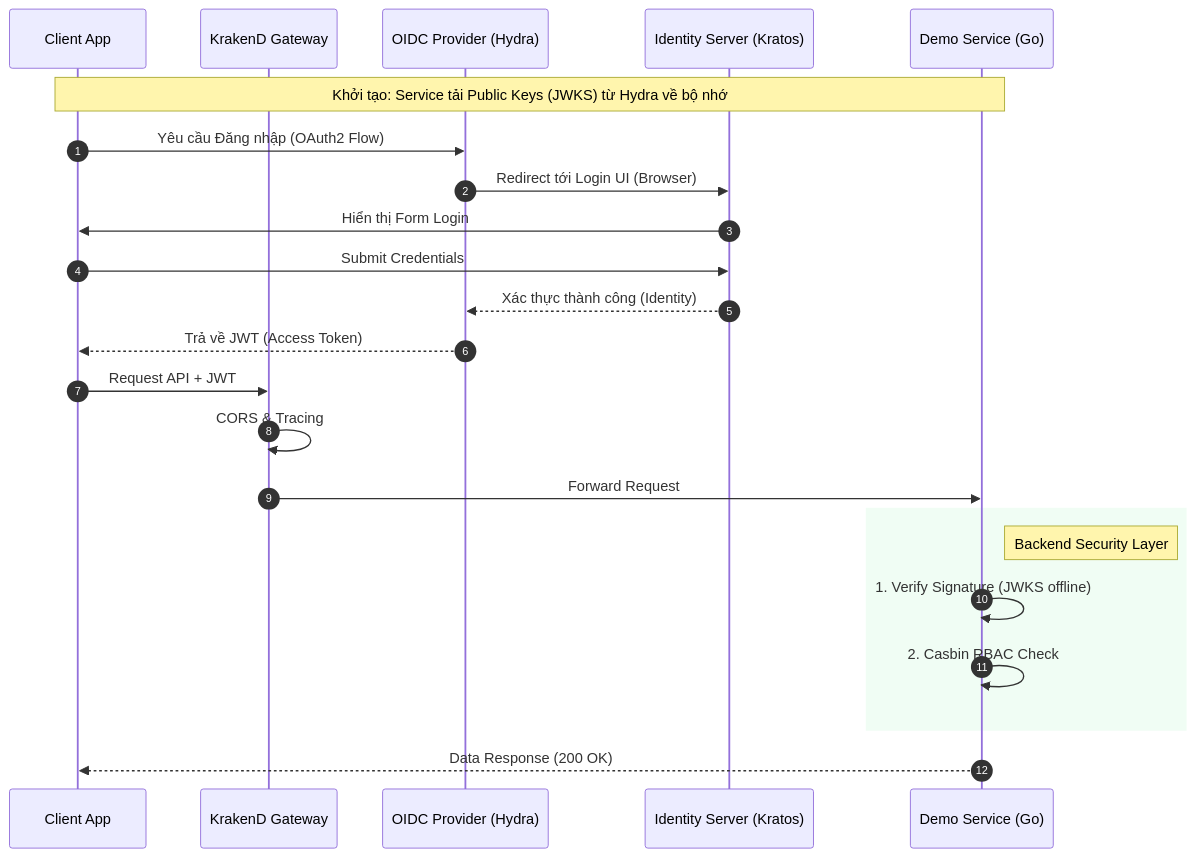
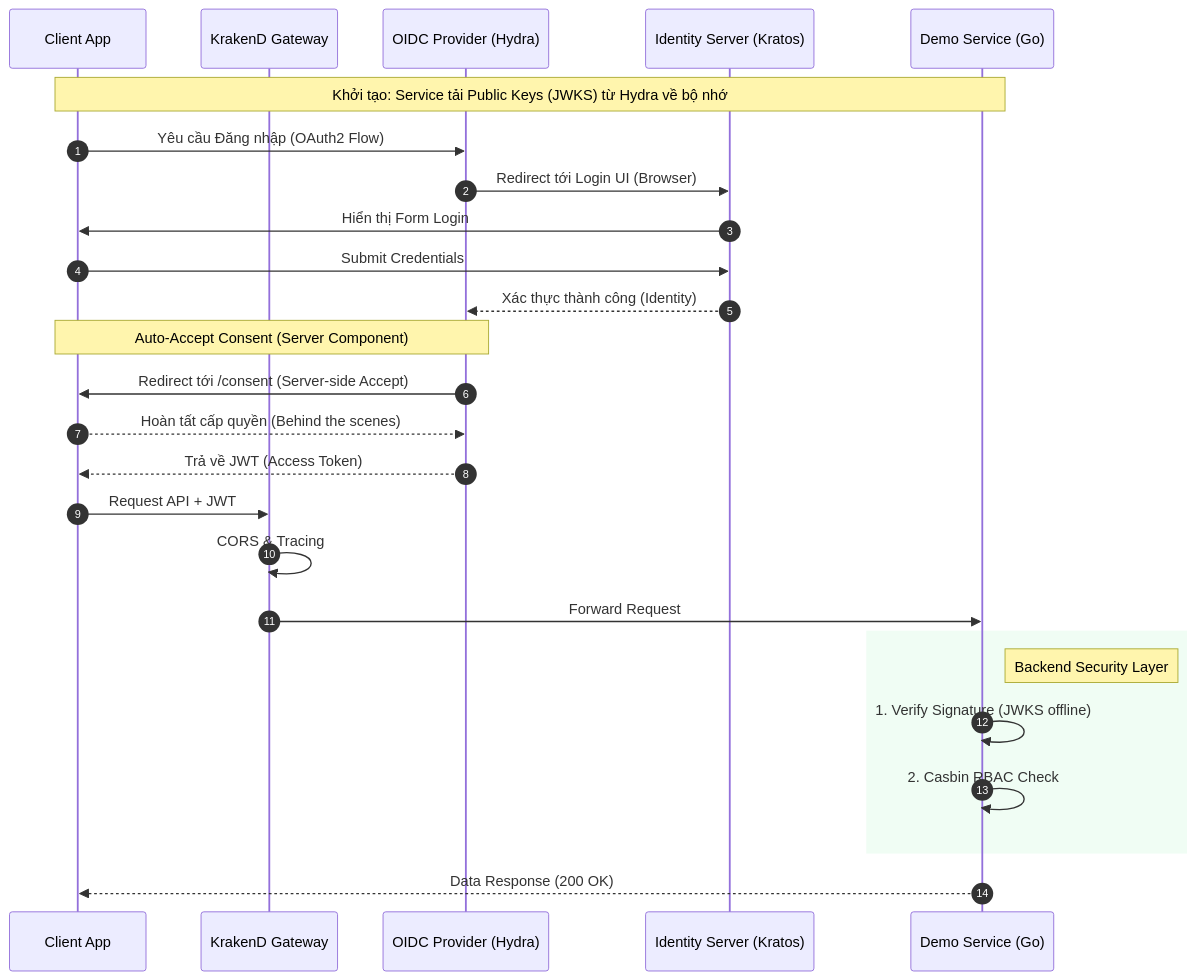
One commit to dungxbuif/RuntimeRoasters changed the second of 2 diagrams in docs/architecture/system-architecture.md. Above: the diagram before and after it, drawn with Mermaid. The commit also changed 55 other files, not shown here.

Commit message:
feat: [RR-10] Client-Side Auth & Login Flow

````diff
--- a/docs/architecture/system-architecture.md
+++ b/docs/architecture/system-architecture.md
@@ -63,30 +62,35 @@
 ```mermaid
 sequenceDiagram
     autonumber
     participant Client as Client App
     participant Gateway as KrakenD Gateway
     participant Hydra as OIDC Provider (Hydra)
     participant Kratos as Identity Server (Kratos)
     participant Service as Demo Service (Go)
 
     Note over Client, Service: Khởi tạo: Service tải Public Keys (JWKS) từ Hydra về bộ nhớ
 
     Client->>Hydra: Yêu cầu Đăng nhập (OAuth2 Flow)
     Hydra->>Kratos: Redirect tới Login UI (Browser)
     Kratos->>Client: Hiển thị Form Login
     Client->>Kratos: Submit Credentials
     Kratos-->>Hydra: Xác thực thành công (Identity)
+    
+    Note over Client, Hydra: Auto-Accept Consent (Server Component)
+    Hydra->>Client: Redirect tới /consent (Server-side Accept)
+    Client-->>Hydra: Hoàn tất cấp quyền (Behind the scenes)
+
     Hydra-->>Client: Trả về JWT (Access Token)
 
     Client->>Gateway: Request API + JWT
     Gateway->>Gateway: CORS & Tracing
     Gateway->>Service: Forward Request
 
     rect rgb(240, 253, 244)
         Note right of Service: Backend Security Layer
         Service->>Service: 1. Verify Signature (JWKS offline)
         Service->>Service: 2. Casbin RBAC Check
     end
 
     Service-->>Client: Data Response (200 OK)
 ```
````
